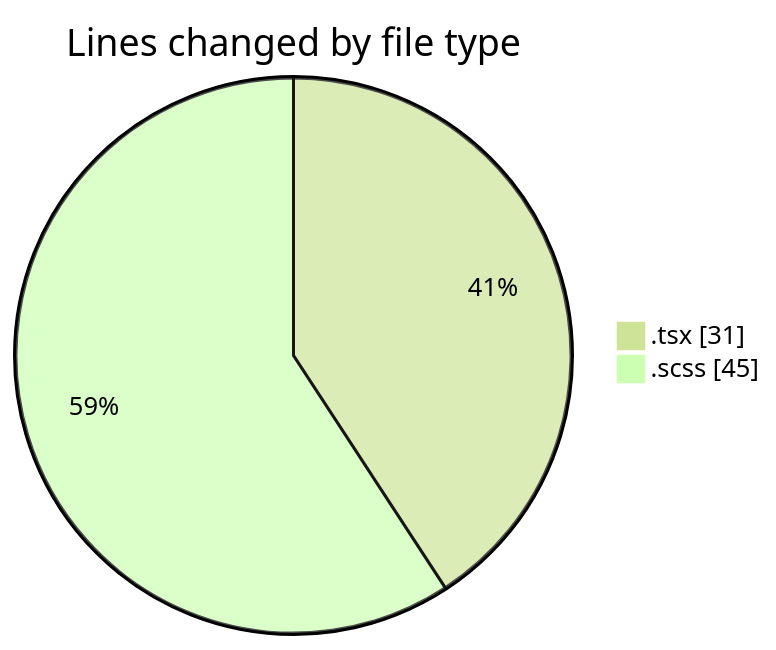
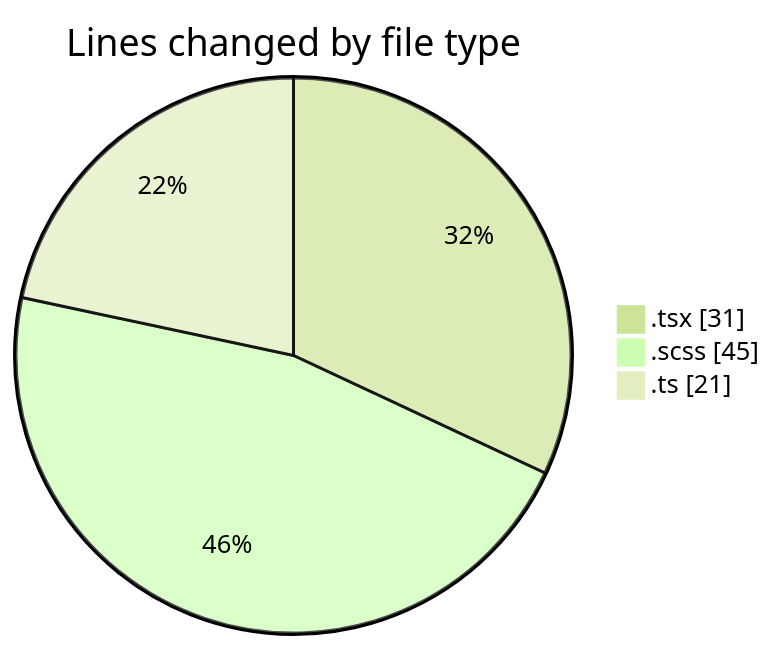
One commit to momahboobian/code-tracking changed the first of 2 diagrams in 2025-04-09/cda/README.md. Above: the diagram before and after it, drawn with Mermaid (forest theme). The commit also changed other lines of this file and 1 other file, not shown here.

````diff
--- a/2025-04-09/cda/README.md
+++ b/2025-04-09/cda/README.md
@@ -22,6 +23,7 @@
 ```mermaid
 pie showData
 title Lines changed by file type
 ".tsx" : 31
 ".scss" : 45
+".ts" : 21
 ```
````
